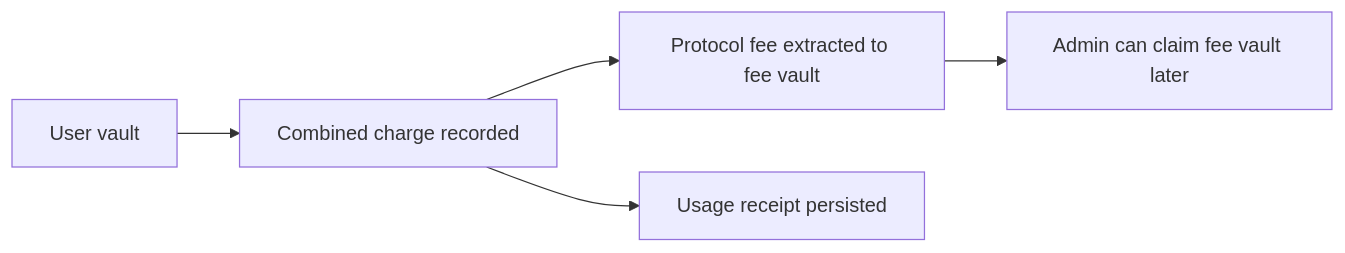
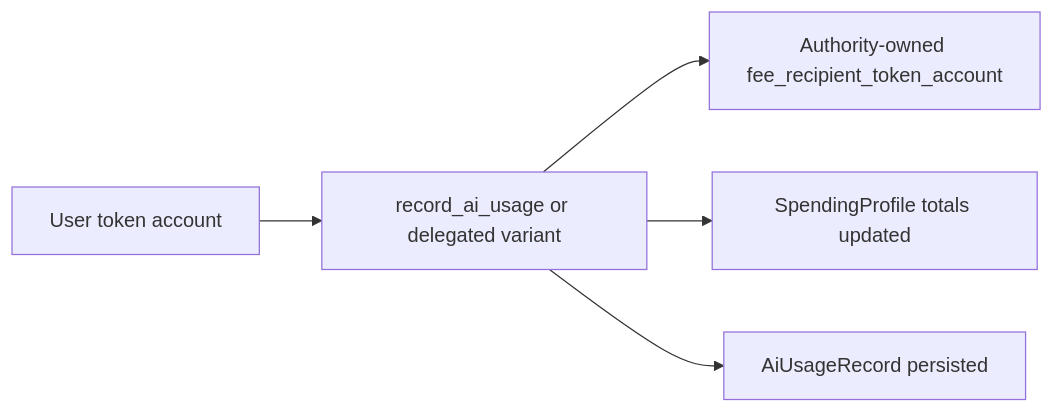
One commit to FajarArrizki/docs changed the diagram in contract/architecture-spec.mdx. Above: the diagram before and after it, drawn with Mermaid. The commit also changed other lines of this file and 11 other files, not shown here.

````diff
--- a/contract/architecture-spec.mdx
+++ b/contract/architecture-spec.mdx
@@ -72,7 +55,7 @@
 ```mermaid
 flowchart LR
-    A[User vault] --> B[Combined charge recorded]
-    B --> C[Protocol fee extracted to fee vault]
-    B --> D[Usage receipt persisted]
-    C --> E[Admin can claim fee vault later]
+    A[User token account] --> B[record_ai_usage or delegated variant]
+    B --> C[Authority-owned fee_recipient_token_account]
+    B --> D[SpendingProfile totals updated]
+    B --> E[AiUsageRecord persisted]
 ```
````
